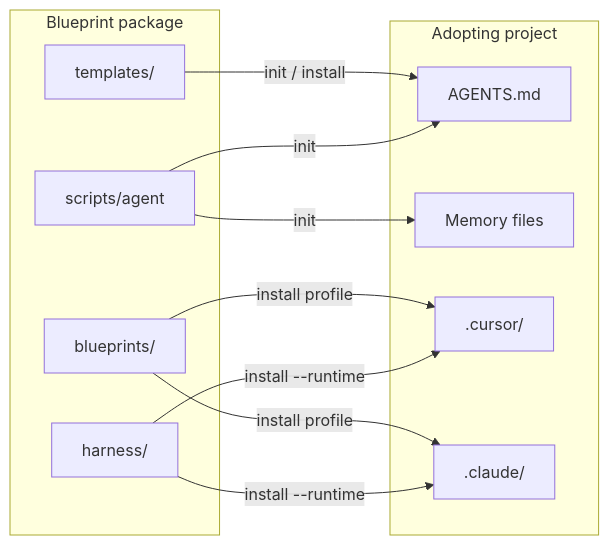
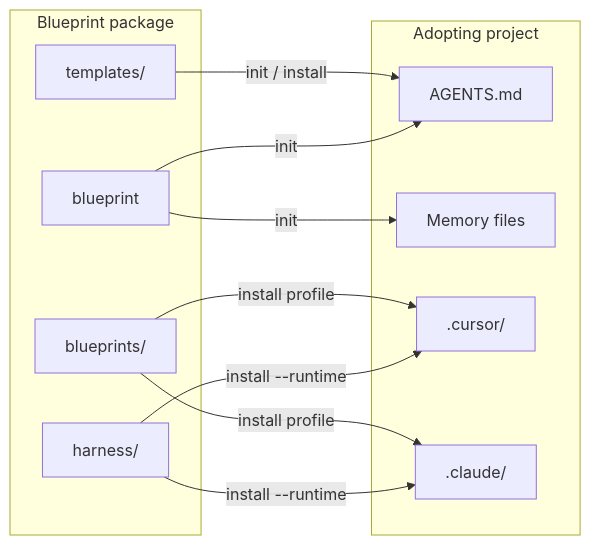
One commit to Supparerk23/agent-harness-blueprint changed the first of 2 diagrams in docs/architecture.md. Above: the diagram before and after it, drawn with Mermaid. The commit also changed 13 other files, not shown here.

````diff
--- a/docs/architecture.md
+++ b/docs/architecture.md
@@ -7,24 +7,24 @@
 ```mermaid
 flowchart LR
   subgraph package [Blueprint package]
     harness[harness/]
     templates[templates/]
     blueprints[blueprints/]
-    cli[scripts/agent]
+    cli[blueprint]
   end
 
   subgraph consumer [Adopting project]
     agents[AGENTS.md]
     memory[Memory files]
     cursor[".cursor/"]
     claude[".claude/"]
   end
 
   cli -->|"init"| agents
   cli -->|"init"| memory
   harness -->|"install --runtime"| cursor
   harness -->|"install --runtime"| claude
   templates -->|"init / install"| agents
   blueprints -->|"install profile"| cursor
   blueprints -->|"install profile"| claude
 ```
````
